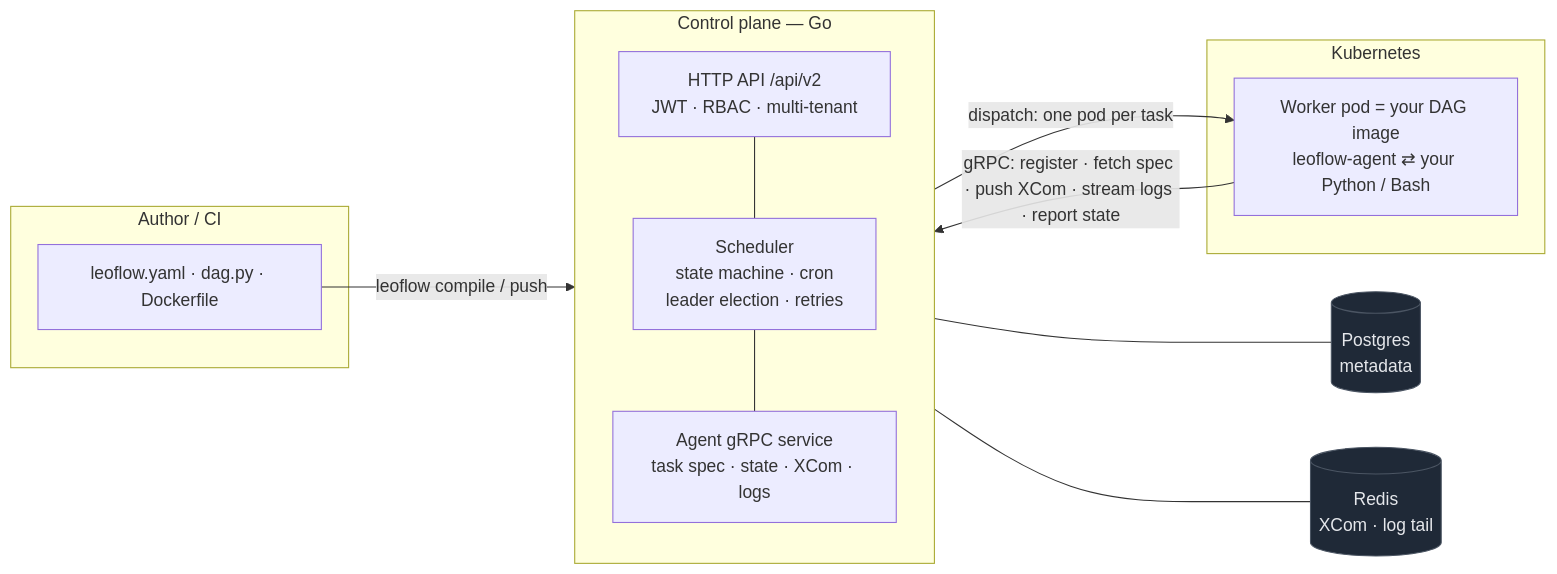
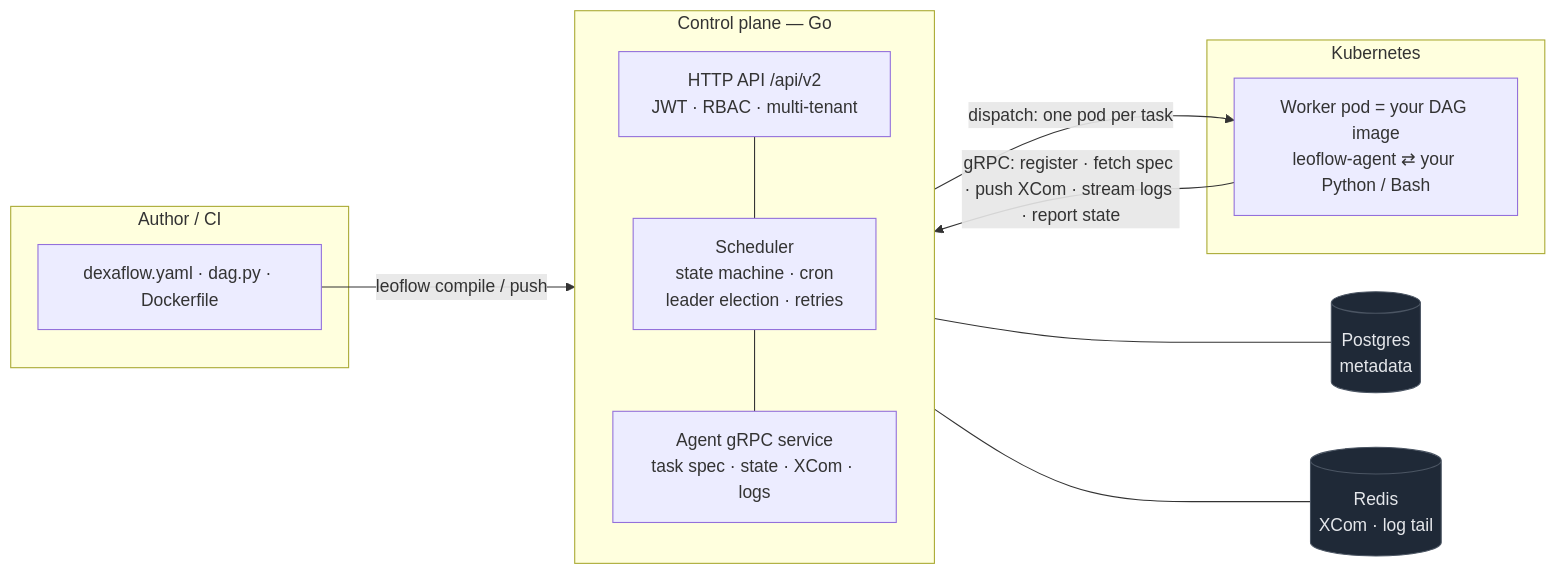
One commit to dexadata/dexaflow changed the diagram in README.md. Above: the diagram before and after it, drawn with Mermaid. The commit also changed other lines of this file and 181 other files, not shown here.

Commit message:
docs: document dexaflow.yaml, DEXAFLOW_ and ~/.dexaflow, and bind both env prefixes in the loaders

````diff
--- a/README.md
+++ b/README.md
@@ -238,27 +238,27 @@
 ```mermaid
 flowchart LR
     subgraph dev["Author / CI"]
-        src["leoflow.yaml · dag.py · Dockerfile"]
+        src["dexaflow.yaml · dag.py · Dockerfile"]
     end
 
     subgraph cp["Control plane — Go"]
         direction TB
         api["HTTP API /api/v2<br/>JWT · RBAC · multi-tenant"]
         sched["Scheduler<br/>state machine · cron<br/>leader election · retries"]
         asvc["Agent gRPC service<br/>task spec · state · XCom · logs"]
         api --- sched --- asvc
     end
 
     src -->|"leoflow compile / push"| api
     sched --- pg[("Postgres<br/>metadata")]
     asvc --- redis[("Redis<br/>XCom · log tail")]
 
     sched -->|"dispatch: one pod per task"| pod
     subgraph k8s["Kubernetes"]
         pod["Worker pod = your DAG image<br/>leoflow-agent ⇄ your Python / Bash"]
     end
     pod -->|"gRPC: register · fetch spec · push XCom · stream logs · report state"| asvc
 
     classDef store fill:#1f2937,stroke:#4b5563,color:#e5e7eb;
     class pg,redis store;
 ```
````
